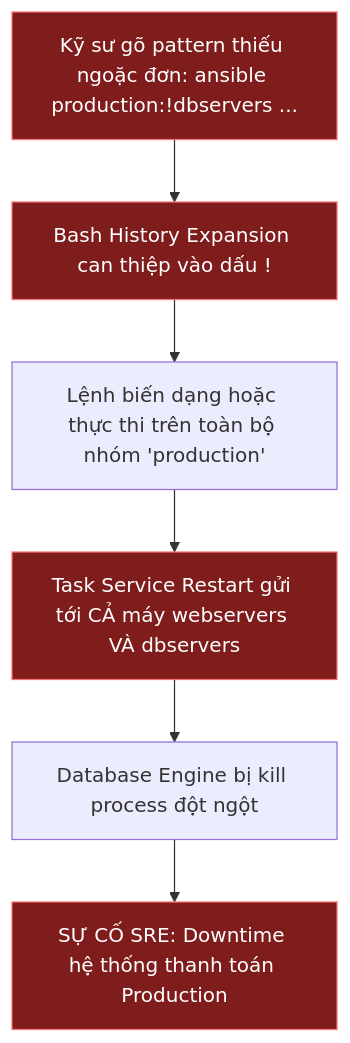
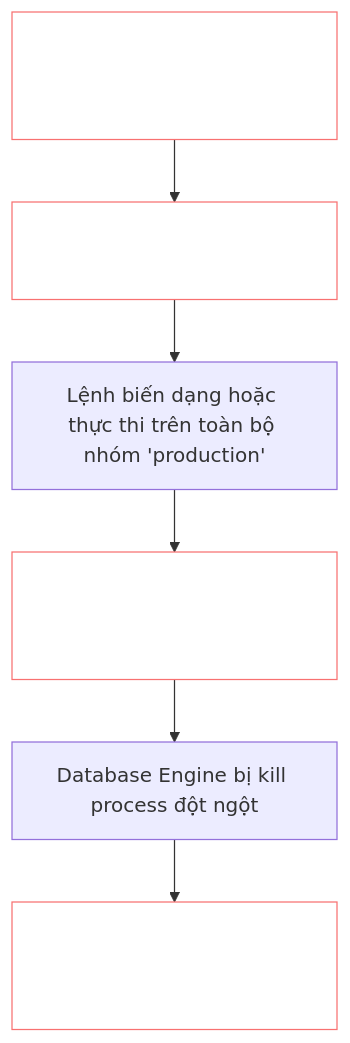
The third of 3 diagrams in _posts/2026-09-13-ansible-03-03-inventory.md (kiennt308/ntk), drawn with Mermaid before and after one commit. The commit also changed other lines of this file and 161 other files, not shown here.

````diff
--- a/_posts/2026-09-13-ansible-03-03-inventory.md
+++ b/_posts/2026-09-13-ansible-03-03-inventory.md
@@ -224,13 +224,13 @@
 ```mermaid
 flowchart TD
     A["Kỹ sư gõ pattern thiếu ngoặc đơn: ansible production:!dbservers ..."] --> B["Bash History Expansion can thiệp vào dấu !"]
     B --> C["Lệnh biến dạng hoặc thực thi trên toàn bộ nhóm 'production'"]
     C --> D["Task Service Restart gửi tới CẢ máy webservers VÀ dbservers"]
     D --> E["Database Engine bị kill process đột ngột"]
     E --> F["SỰ CỐ SRE: Downtime hệ thống thanh toán Production"]
 
-    style A fill:#7f1d1d,stroke:#f87171,color:#fff
-    style B fill:#7f1d1d,stroke:#f87171,color:#fff
-    style D fill:#7f1d1d,stroke:#f87171,color:#fff
-    style F fill:#7f1d1d,stroke:#f87171,color:#fff
+    style A fill:none,stroke:#f87171,color:#fff
+    style B fill:none,stroke:#f87171,color:#fff
+    style D fill:none,stroke:#f87171,color:#fff
+    style F fill:none,stroke:#f87171,color:#fff
 ```
````
